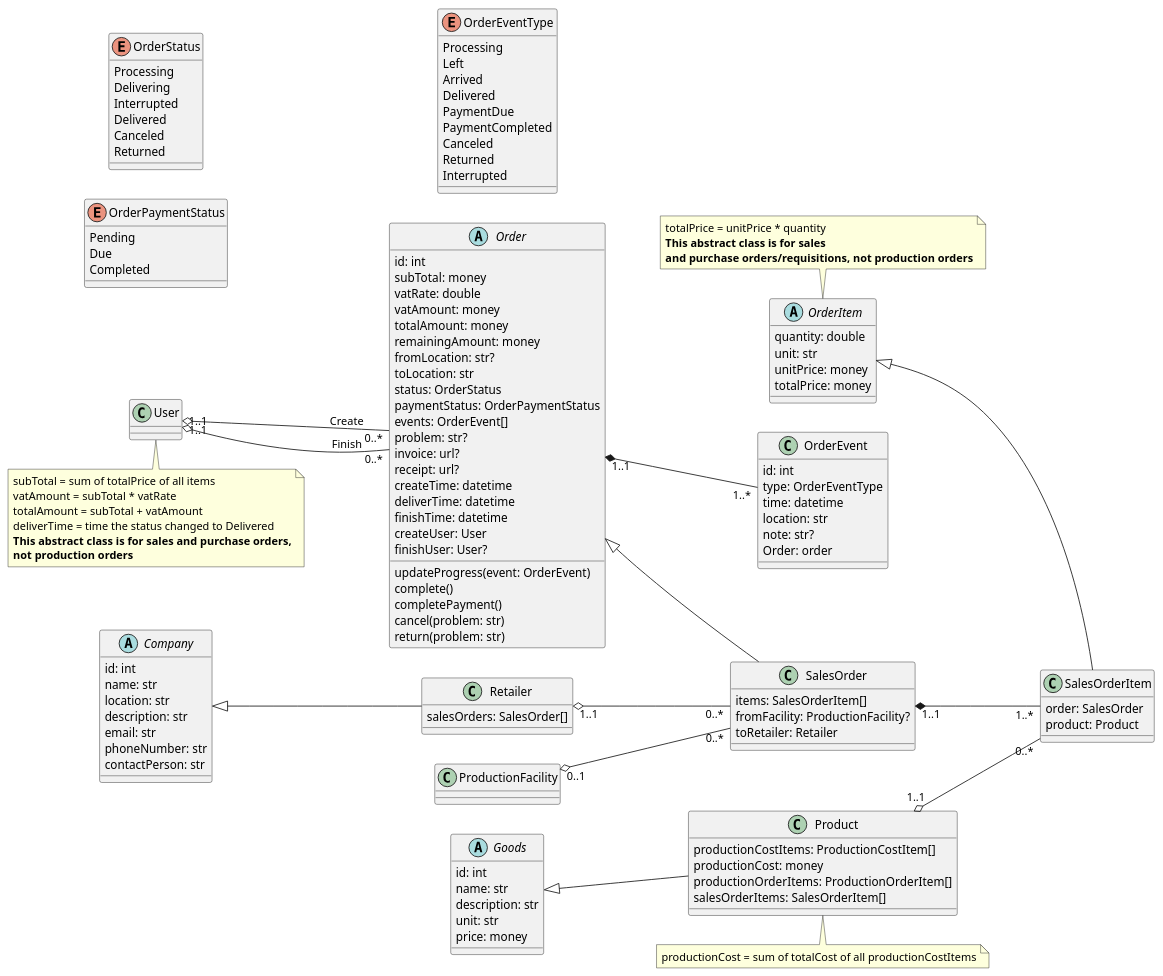
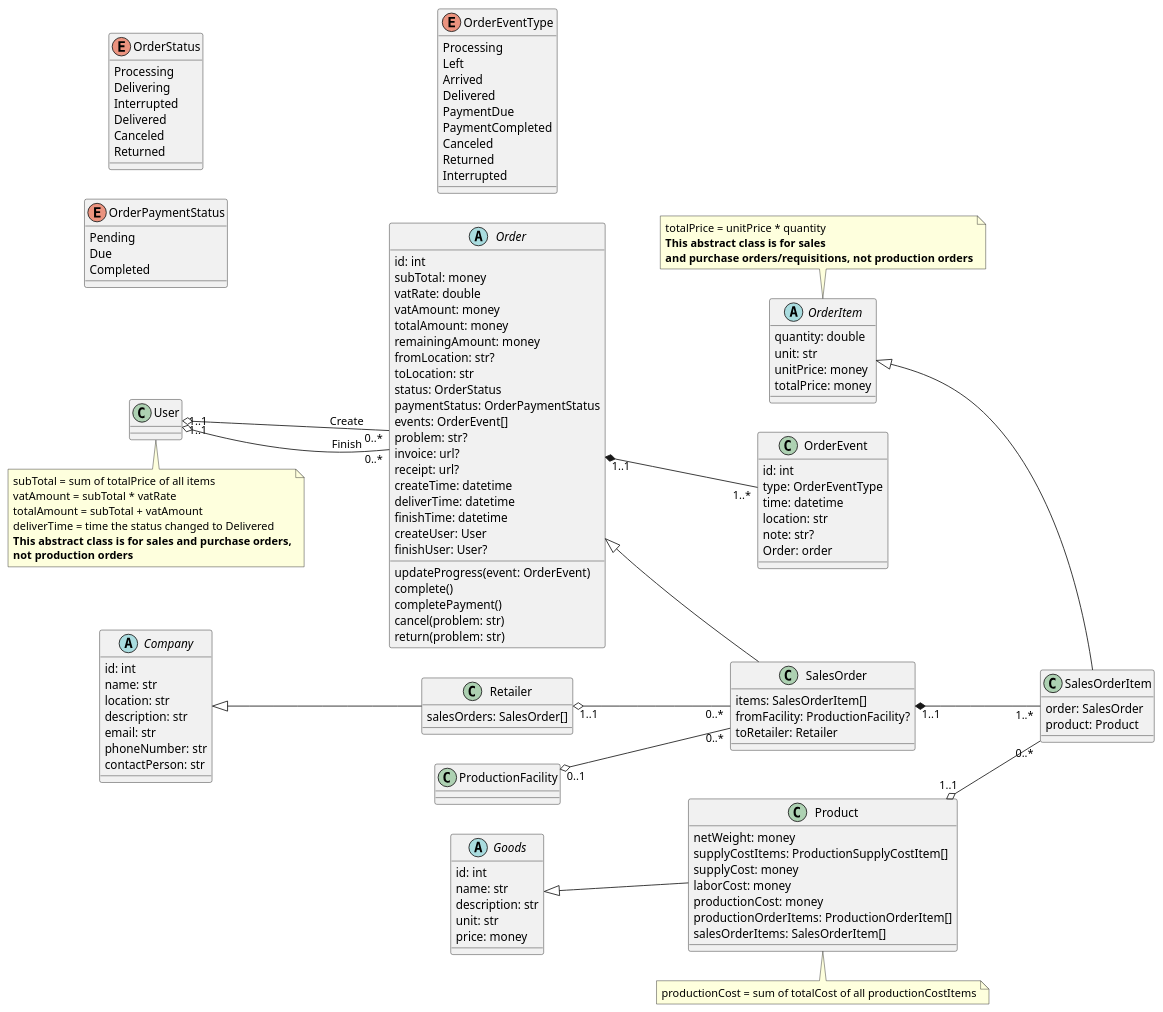
One commit to phihungha/SE357-Practice-class changed the diagram in Lab1/Lab1.2/classes/sales.plantuml. Above: the diagram before and after it, drawn with PlantUML. The commit also changed 5 other files, not shown here.

Commit message:
Fix diagram notes

```diff
--- a/Lab1/Lab1.2/classes/sales.plantuml
+++ b/Lab1/Lab1.2/classes/sales.plantuml
@@ -1,138 +1,141 @@
 @startuml sales
 left to right direction
 
 abstract Company {
     id: int
     name: str
     location: str
     description: str
     email: str
     phoneNumber: str
     contactPerson: str
 }
 
 class Retailer {
     salesOrders: SalesOrder[]
 }
 Company <|-- Retailer
 
 abstract Goods {
     id: int
     name: str
     description: str
     unit: str
     price: money
 }
 
 class Product {
-    productionCostItems: ProductionCostItem[]
+    netWeight: money
+    supplyCostItems: ProductionSupplyCostItem[]
+    supplyCost: money
+    laborCost: money
     productionCost: money
     productionOrderItems: ProductionOrderItem[]
     salesOrderItems: SalesOrderItem[]
 }
 Goods <|-- Product
 note bottom: productionCost = sum of totalCost of all productionCostItems
 
 enum OrderStatus {
     Processing
     Delivering
     Interrupted
     Delivered
     Canceled
     Returned
 }
 
 enum OrderPaymentStatus {
     Pending
     Due
     Completed
 }
 
 abstract Order {
     id: int
     subTotal: money
     vatRate: double
     vatAmount: money
     totalAmount: money
     remainingAmount: money
     fromLocation: str?
     toLocation: str
     status: OrderStatus
     paymentStatus: OrderPaymentStatus
     events: OrderEvent[]
     problem: str?
     invoice: url?
     receipt: url?
     createTime: datetime
     deliverTime: datetime
     finishTime: datetime
     createUser: User
     finishUser: User?
     updateProgress(event: OrderEvent)
     complete()
     completePayment()
     cancel(problem: str)
     return(problem: str)
 }
 User "1..1" o-- "0..*" Order : Create
 User "1..1" o-- "0..*" Order : Finish
 note bottom
     subTotal = sum of totalPrice of all items
     vatAmount = subTotal * vatRate
     totalAmount = subTotal + vatAmount
     deliverTime = time the status changed to Delivered
     <b>This abstract class is for sales and purchase orders,
     <b>not production orders
 endnote
 
 abstract OrderItem {
     quantity: double
     unit: str
     unitPrice: money
     totalPrice: money
 }
 note top
     totalPrice = unitPrice * quantity
     <b>This abstract class is for sales
     <b>and purchase orders/requisitions, not production orders
 endnote
 
 enum OrderEventType {
     Processing
     Left
     Arrived
     Delivered
     PaymentDue
     PaymentCompleted
     Canceled
     Returned
     Interrupted
 }
 
 class OrderEvent {
     id: int
     type: OrderEventType
     time: datetime
     location: str
     note: str?
     Order: order
 }
 Order "1..1" *-- "1..*" OrderEvent
 
 class SalesOrder {
     items: SalesOrderItem[]
     fromFacility: ProductionFacility?
     toRetailer: Retailer
 }
 Order <|-- SalesOrder
 Retailer "1..1" o-- "0..*" SalesOrder
 ProductionFacility "0..1" o-- "0..*" SalesOrder
 
 class SalesOrderItem {
     order: SalesOrder
     product: Product
 }
 OrderItem <|-- SalesOrderItem
 SalesOrder "1..1" *-- "1..*" SalesOrderItem
 Product "1..1" o-- "0..*" SalesOrderItem
 @enduml
```
